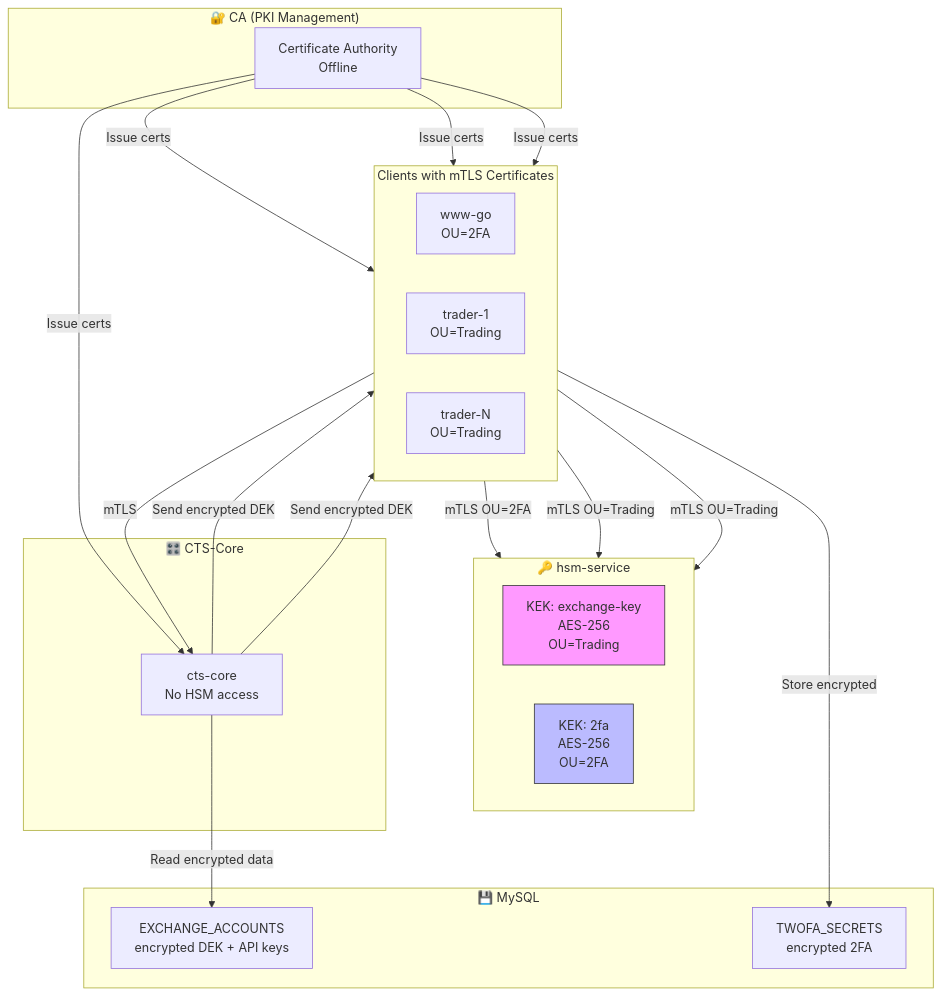
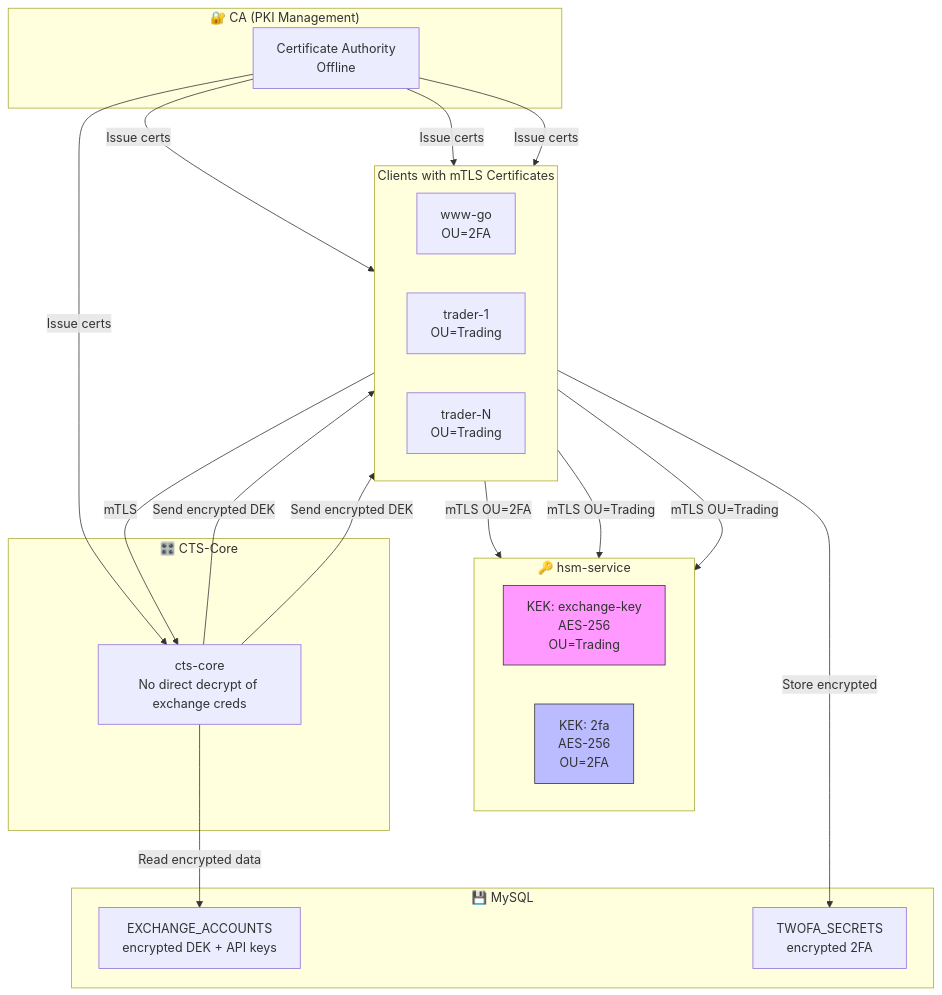
The eighth of 15 diagrams in ARCHITECTURE.md (titaev-lv/cts-core), drawn with Mermaid before and after one commit. The commit also changed other lines of this file, not shown here.

````diff
--- a/ARCHITECTURE.md
+++ b/ARCHITECTURE.md
@@ -585,43 +598,43 @@
 ```mermaid
 flowchart TB
     subgraph CA_PKI["🔐 CA (PKI Management)"]
         CA[Certificate Authority<br/>Offline]
     end
     
     subgraph HSM_SVC["🔑 hsm-service"]
         direction LR
         KEK_EX[KEK: exchange-key<br/>AES-256<br/>OU=Trading]
         KEK_2FA[KEK: 2fa<br/>AES-256<br/>OU=2FA]
     end
     
     subgraph CLIENTS["Clients with mTLS Certificates"]
         direction LR
         WWW[www-go<br/>OU=2FA]
         T1[trader-1<br/>OU=Trading]
         T2[trader-N<br/>OU=Trading]
     end
     
     subgraph MYSQL_DB["💾 MySQL"]
         CREDS[EXCHANGE_ACCOUNTS<br/>encrypted DEK + API keys]
         TWOFA_DB[TWOFA_SECRETS<br/>encrypted 2FA]
     end
     
     subgraph CTS_CORE["🎛️ CTS-Core"]
-        CTS[cts-core<br/>No HSM access]
+        CTS[cts-core<br/>No direct decrypt of exchange creds]
     end
     
     CA -->|Issue certs| WWW & CTS & T1 & T2
     
     WWW -->|mTLS OU=2FA| KEK_2FA
     WWW -->|mTLS| CTS
     
     CTS -->|Read encrypted data| CREDS
     CTS -->|Send encrypted DEK| T1 & T2
     
     T1 & T2 -->|mTLS OU=Trading| KEK_EX
     
     WWW -->|Store encrypted| TWOFA_DB
     
     style KEK_EX fill:#f9f,stroke:#333
     style KEK_2FA fill:#bbf,stroke:#333
 ```
````
